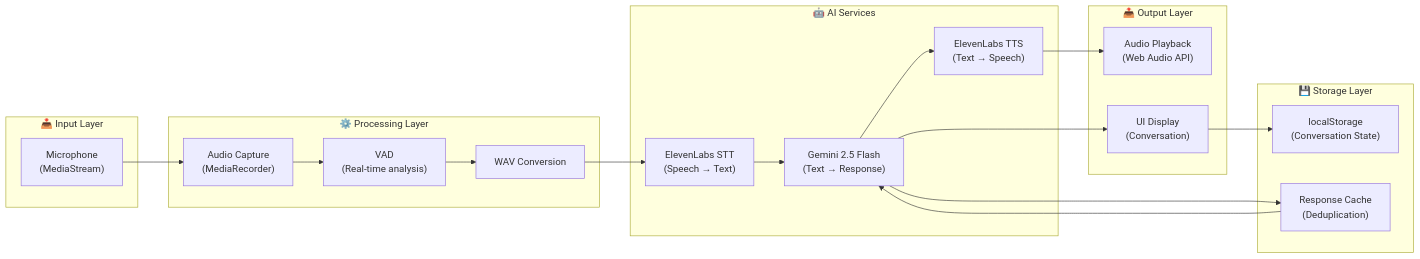
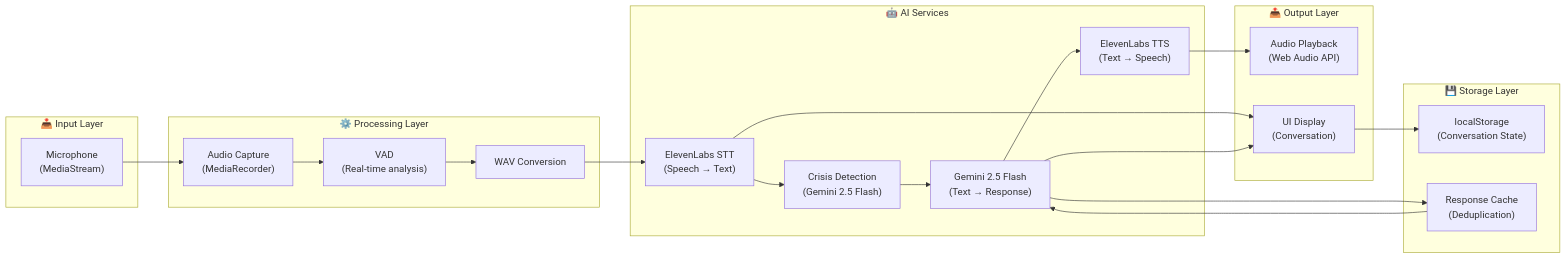
The fifth of 6 diagrams in docs/ARCHITECTURE_FLOWCHART.md (shahul01/voice-journal-therapy), drawn with Mermaid before and after one commit. The commit also changed other lines of this file and 5 other files, not shown here.

Commit message:
fix:f: updated voice profile names, update layout style. updated architect doc,- works & sv checked (0e -)

````diff
--- a/docs/ARCHITECTURE_FLOWCHART.md
+++ b/docs/ARCHITECTURE_FLOWCHART.md
@@ -278,40 +344,43 @@
 ```mermaid
 flowchart LR
     subgraph Input["📥 Input Layer"]
         Microphone["Microphone<br/>(MediaStream)"]
     end
 
     subgraph Processing["⚙️ Processing Layer"]
         Capture["Audio Capture<br/>(MediaRecorder)"]
         VAD_Proc["VAD<br/>(Real-time analysis)"]
         Conversion["WAV Conversion"]
     end
 
     subgraph AI["🤖 AI Services"]
         ElevenLabs_STT["ElevenLabs STT<br/>(Speech → Text)"]
+        CrisisDetect["Crisis Detection<br/>(Gemini 2.5 Flash)"]
         Gemini["Gemini 2.5 Flash<br/>(Text → Response)"]
         ElevenLabs_TTS["ElevenLabs TTS<br/>(Text → Speech)"]
     end
 
     subgraph Output["📤 Output Layer"]
         AudioOut["Audio Playback<br/>(Web Audio API)"]
         UI_Display["UI Display<br/>(Conversation)"]
     end
 
     subgraph Storage["💾 Storage Layer"]
         LocalStorage_Data["localStorage<br/>(Conversation State)"]
         Cache["Response Cache<br/>(Deduplication)"]
     end
 
     Microphone --> Capture
     Capture --> VAD_Proc
     VAD_Proc --> Conversion
     Conversion --> ElevenLabs_STT
-    ElevenLabs_STT --> Gemini
+    ElevenLabs_STT --> CrisisDetect
+    CrisisDetect --> Gemini
     Gemini --> ElevenLabs_TTS
     ElevenLabs_TTS --> AudioOut
+    ElevenLabs_STT --> UI_Display
     Gemini --> UI_Display
     UI_Display --> LocalStorage_Data
     Gemini --> Cache
     Cache --> Gemini
 ```
````
